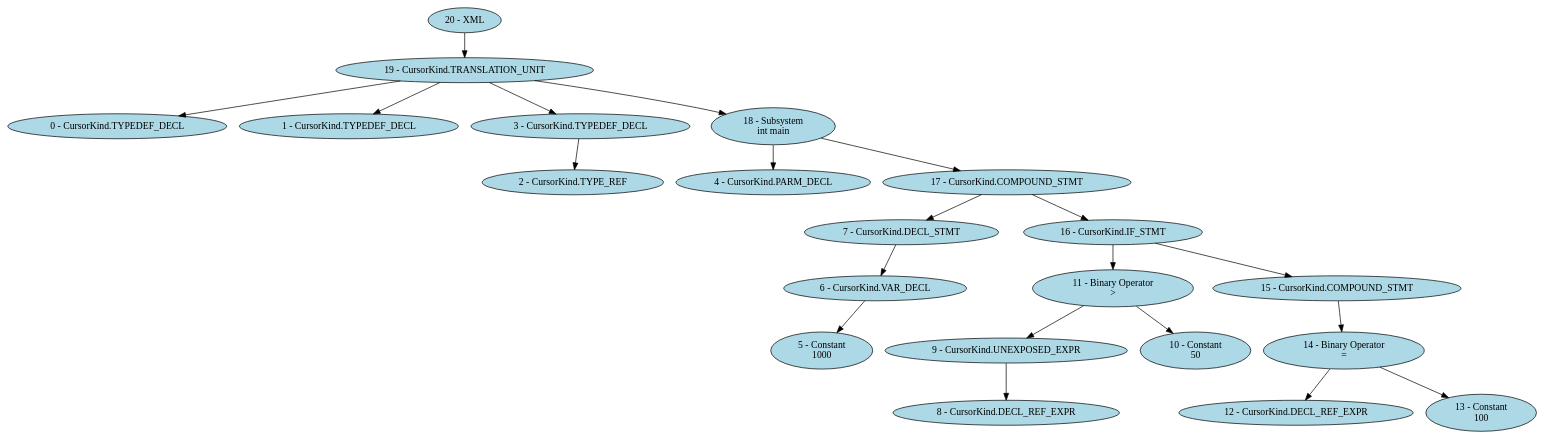
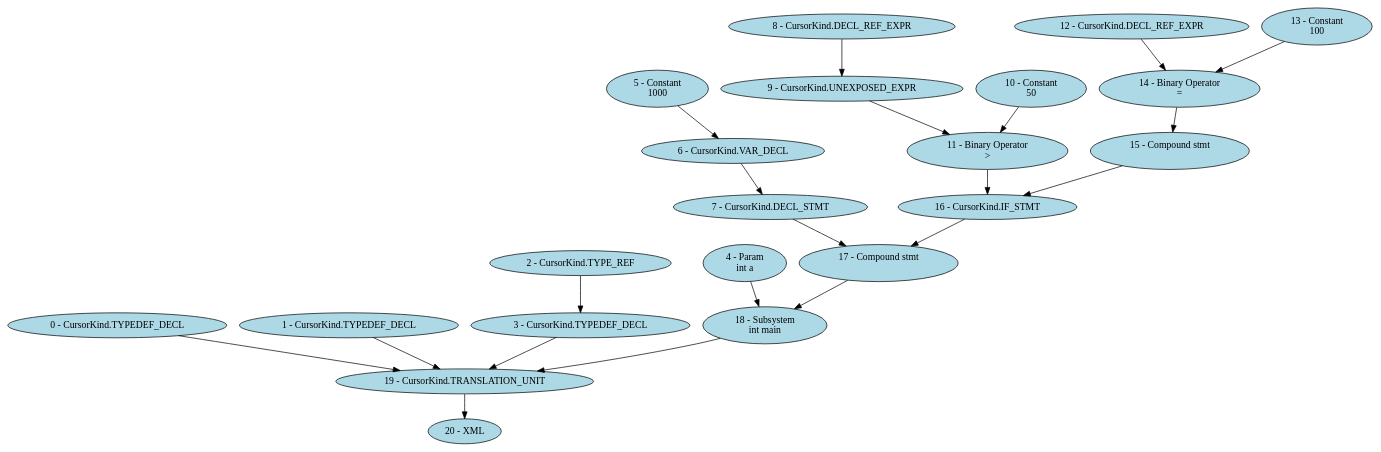
The diagram in examples/simple.dot (BentleyJOakes/SourceToSimulink), drawn with Graphviz before and after one commit. The commit also changed 9 other files, not shown here.

Commit message:
Added parm decl and compound stmt.

```diff
--- a/examples/simple.dot
+++ b/examples/simple.dot
@@ -1,43 +1,43 @@
 digraph simple {
 "0 - CursorKind.TYPEDEF_DECL" [style=filled, fillcolor=lightblue];
 "1 - CursorKind.TYPEDEF_DECL" [style=filled, fillcolor=lightblue];
 "2 - CursorKind.TYPE_REF" [style=filled, fillcolor=lightblue];
 "3 - CursorKind.TYPEDEF_DECL" [style=filled, fillcolor=lightblue];
-"4 - CursorKind.PARM_DECL" [style=filled, fillcolor=lightblue];
+"4 - Param\nint a" [style=filled, fillcolor=lightblue];
 "5 - Constant\n1000" [style=filled, fillcolor=lightblue];
 "6 - CursorKind.VAR_DECL" [style=filled, fillcolor=lightblue];
 "7 - CursorKind.DECL_STMT" [style=filled, fillcolor=lightblue];
 "8 - CursorKind.DECL_REF_EXPR" [style=filled, fillcolor=lightblue];
 "9 - CursorKind.UNEXPOSED_EXPR" [style=filled, fillcolor=lightblue];
 "10 - Constant\n50" [style=filled, fillcolor=lightblue];
 "11 - Binary Operator\n>" [style=filled, fillcolor=lightblue];
 "12 - CursorKind.DECL_REF_EXPR" [style=filled, fillcolor=lightblue];
 "13 - Constant\n100" [style=filled, fillcolor=lightblue];
 "14 - Binary Operator\n=" [style=filled, fillcolor=lightblue];
-"15 - CursorKind.COMPOUND_STMT" [style=filled, fillcolor=lightblue];
+"15 - Compound stmt\n " [style=filled, fillcolor=lightblue];
 "16 - CursorKind.IF_STMT" [style=filled, fillcolor=lightblue];
-"17 - CursorKind.COMPOUND_STMT" [style=filled, fillcolor=lightblue];
+"17 - Compound stmt\n " [style=filled, fillcolor=lightblue];
 "18 - Subsystem\nint main" [style=filled, fillcolor=lightblue];
 "19 - CursorKind.TRANSLATION_UNIT" [style=filled, fillcolor=lightblue];
 "20 - XML" [style=filled, fillcolor=lightblue];
-"3 - CursorKind.TYPEDEF_DECL" -> "2 - CursorKind.TYPE_REF";
-"6 - CursorKind.VAR_DECL" -> "5 - Constant\n1000";
-"7 - CursorKind.DECL_STMT" -> "6 - CursorKind.VAR_DECL";
-"9 - CursorKind.UNEXPOSED_EXPR" -> "8 - CursorKind.DECL_REF_EXPR";
-"11 - Binary Operator\n>" -> "9 - CursorKind.UNEXPOSED_EXPR";
-"11 - Binary Operator\n>" -> "10 - Constant\n50";
-"14 - Binary Operator\n=" -> "12 - CursorKind.DECL_REF_EXPR";
-"14 - Binary Operator\n=" -> "13 - Constant\n100";
-"15 - CursorKind.COMPOUND_STMT" -> "14 - Binary Operator\n=";
-"16 - CursorKind.IF_STMT" -> "11 - Binary Operator\n>";
-"16 - CursorKind.IF_STMT" -> "15 - CursorKind.COMPOUND_STMT";
-"17 - CursorKind.COMPOUND_STMT" -> "7 - CursorKind.DECL_STMT";
-"17 - CursorKind.COMPOUND_STMT" -> "16 - CursorKind.IF_STMT";
-"18 - Subsystem\nint main" -> "4 - CursorKind.PARM_DECL";
-"18 - Subsystem\nint main" -> "17 - CursorKind.COMPOUND_STMT";
-"19 - CursorKind.TRANSLATION_UNIT" -> "0 - CursorKind.TYPEDEF_DECL";
-"19 - CursorKind.TRANSLATION_UNIT" -> "1 - CursorKind.TYPEDEF_DECL";
-"19 - CursorKind.TRANSLATION_UNIT" -> "3 - CursorKind.TYPEDEF_DECL";
-"19 - CursorKind.TRANSLATION_UNIT" -> "18 - Subsystem\nint main";
-"20 - XML" -> "19 - CursorKind.TRANSLATION_UNIT";
+"2 - CursorKind.TYPE_REF" -> "3 - CursorKind.TYPEDEF_DECL";
+"5 - Constant\n1000" -> "6 - CursorKind.VAR_DECL";
+"6 - CursorKind.VAR_DECL" -> "7 - CursorKind.DECL_STMT";
+"8 - CursorKind.DECL_REF_EXPR" -> "9 - CursorKind.UNEXPOSED_EXPR";
+"9 - CursorKind.UNEXPOSED_EXPR" -> "11 - Binary Operator\n>";
+"10 - Constant\n50" -> "11 - Binary Operator\n>";
+"12 - CursorKind.DECL_REF_EXPR" -> "14 - Binary Operator\n=";
+"13 - Constant\n100" -> "14 - Binary Operator\n=";
+"14 - Binary Operator\n=" -> "15 - Compound stmt\n ";
+"11 - Binary Operator\n>" -> "16 - CursorKind.IF_STMT";
+"15 - Compound stmt\n " -> "16 - CursorKind.IF_STMT";
+"7 - CursorKind.DECL_STMT" -> "17 - Compound stmt\n ";
+"16 - CursorKind.IF_STMT" -> "17 - Compound stmt\n ";
+"4 - Param\nint a" -> "18 - Subsystem\nint main";
+"17 - Compound stmt\n " -> "18 - Subsystem\nint main";
+"0 - CursorKind.TYPEDEF_DECL" -> "19 - CursorKind.TRANSLATION_UNIT";
+"1 - CursorKind.TYPEDEF_DECL" -> "19 - CursorKind.TRANSLATION_UNIT";
+"3 - CursorKind.TYPEDEF_DECL" -> "19 - CursorKind.TRANSLATION_UNIT";
+"18 - Subsystem\nint main" -> "19 - CursorKind.TRANSLATION_UNIT";
+"19 - CursorKind.TRANSLATION_UNIT" -> "20 - XML";
 }
```
